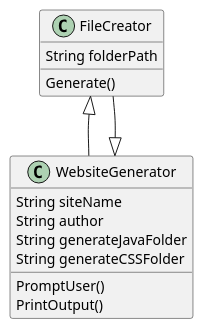
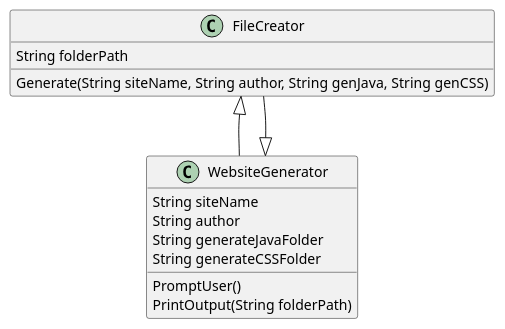
Before and after one commit to AlejanPelaez9004/Pelaez-COP3330-assignment3: the diagram in src/main/java/ex43/WebsiteGenerator.puml, drawn with PlantUML. The commit also changed 1 other file, not shown here.

```diff
--- a/src/main/java/ex43/WebsiteGenerator.puml
+++ b/src/main/java/ex43/WebsiteGenerator.puml
@@ -1,20 +1,20 @@
 @startuml
 FileCreator <|-- WebsiteGenerator
 FileCreator --|> WebsiteGenerator
 
 class WebsiteGenerator {
 String siteName
 String author
 String generateJavaFolder
 String generateCSSFolder
 PromptUser()
-PrintOutput()
+PrintOutput(String folderPath)
 }
 
 class FileCreator
 {
 String folderPath
-Generate()
+Generate(String siteName, String author, String genJava, String genCSS)
 }
 
 @enduml
```
